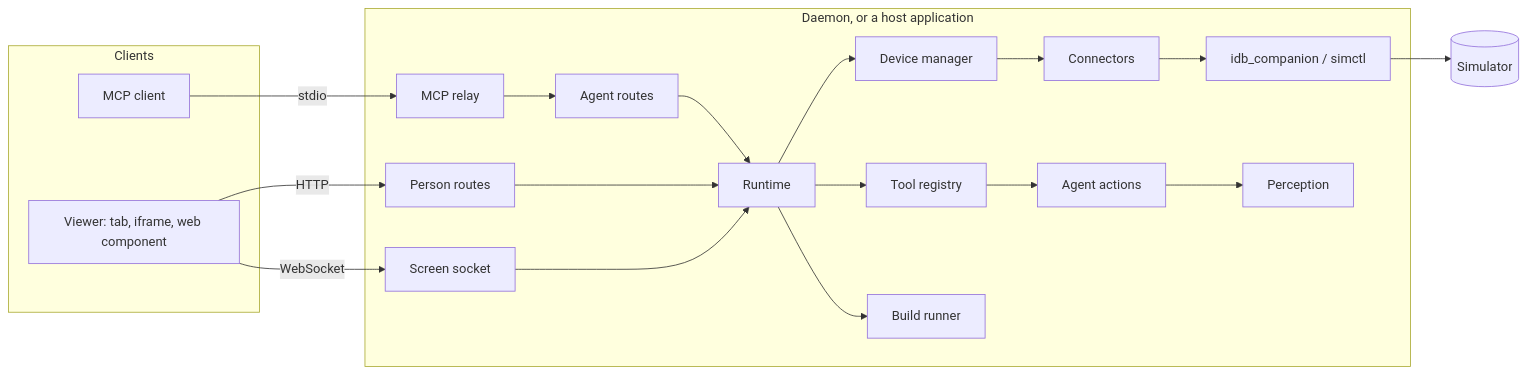
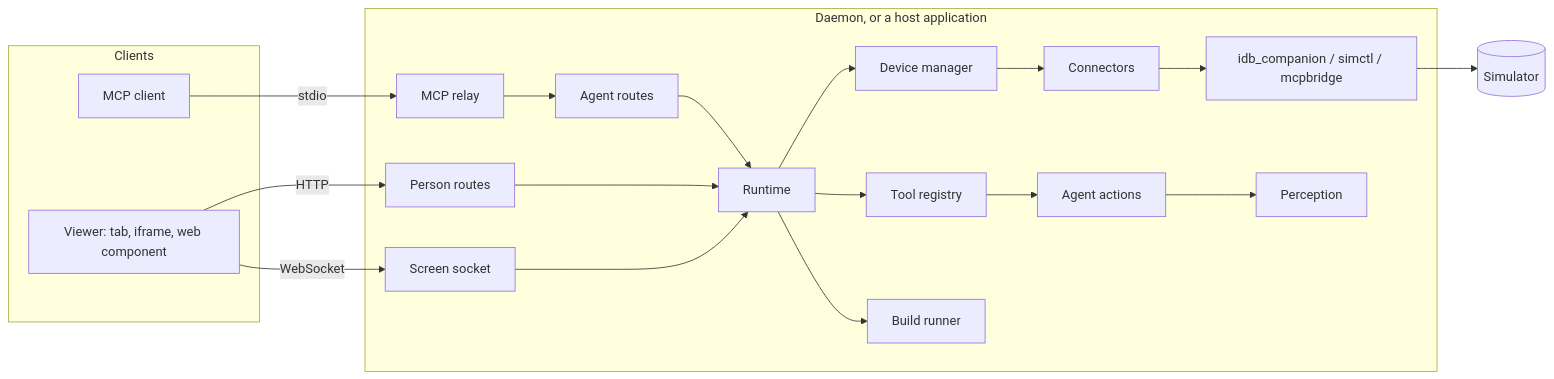
The diagram in docs/architecture.md (AndrewKochulab/sim-mirror), drawn with Mermaid before and after one commit. The commit also changed other lines of this file and 9 other files, not shown here.

````diff
--- a/docs/architecture.md
+++ b/docs/architecture.md
@@ -3,18 +3,18 @@
 ```mermaid
 flowchart LR
   subgraph clients[Clients]
     agent[MCP client]
     browser[Viewer: tab, iframe, web component]
   end
   subgraph host[Daemon, or a host application]
     relay[MCP relay] --> agentRoutes[Agent routes]
     browser -- HTTP --> httpRoutes[Person routes]
     browser -- WebSocket --> socketRoutes[Screen socket]
     agentRoutes & httpRoutes & socketRoutes --> runtime[Runtime]
     runtime --> manager[Device manager] & tools[Tool registry] & builds[Build runner]
-    manager --> connectors[Connectors] --> companion[idb_companion / simctl]
+    manager --> connectors[Connectors] --> companion[idb_companion / simctl / mcpbridge]
     tools --> actions[Agent actions] --> perception[Perception]
   end
   agent -- stdio --> relay
   companion --> device[(Simulator)]
 ```
````
